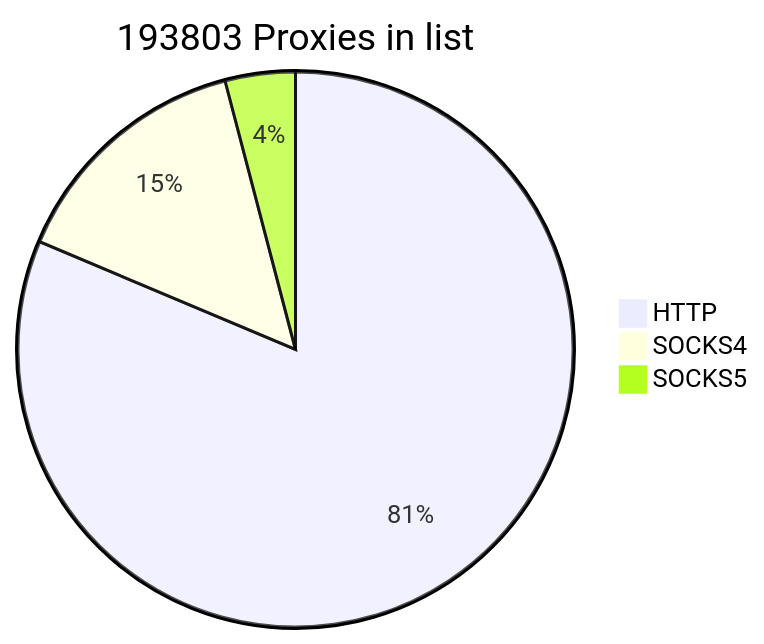
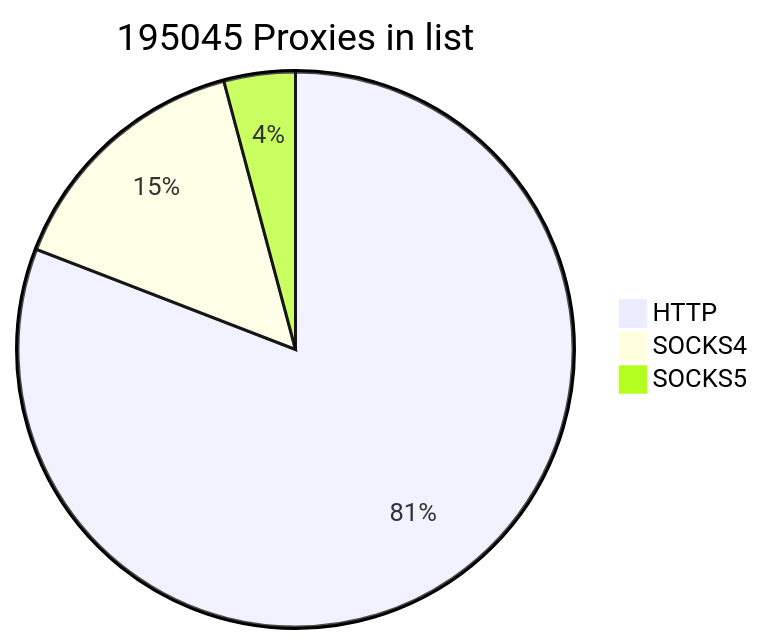
The first of 2 diagrams in README.md (cutipu/proxylist), drawn with Mermaid before and after one commit. The commit also changed other lines of this file, not shown here.

````diff
--- a/README.md
+++ b/README.md
@@ -2,7 +2,7 @@
 ```mermaid
-pie title 193803 Proxies in list
-    "HTTP" : 157653
-    "SOCKS4" : 28243
-    "SOCKS5" : 7907
+pie title 195045 Proxies in list
+    "HTTP" : 157730
+    "SOCKS4" : 29212
+    "SOCKS5" : 8103
             
 ```
````
